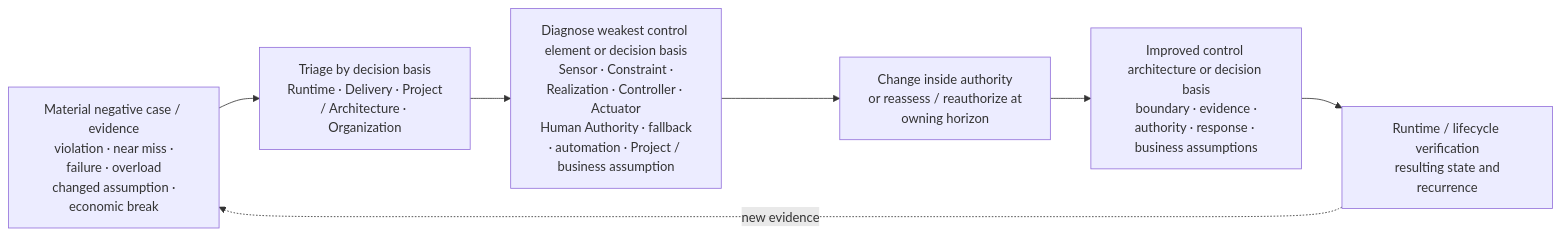
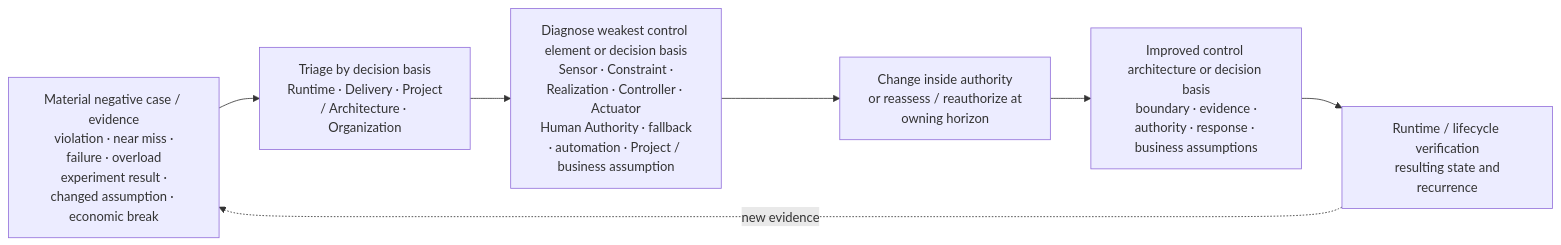
One commit to UncertaintyArchitectureGroup/uncertainty-architecture changed diagram 15 of 15 in content/research/notes/open-engineering-specification-article-draft.md. Above: the diagram before and after it, drawn with Mermaid. The commit also changed other lines of this file, not shown here.

````diff
--- a/content/research/notes/open-engineering-specification-article-draft.md
+++ b/content/research/notes/open-engineering-specification-article-draft.md
@@ -904,12 +930,12 @@
 ```mermaid
 flowchart LR
-    N["Material negative case / evidence<br/> violation · near miss · failure · overload<br/> changed assumption · economic break"]
+    N["Material negative case / evidence<br/> violation · near miss · failure · overload<br/> experiment result · changed assumption · economic break"]
     T["Triage by decision basis<br/> Runtime · Delivery · Project / Architecture · Organization"]
     D["Diagnose weakest control element or decision basis<br/> Sensor · Constraint · Realization · Controller · Actuator<br/> Human Authority · fallback · automation · Project / business assumption"]
     C["Change inside authority<br/> or reassess / reauthorize at owning horizon"]
     I["Improved control architecture or decision basis<br/> boundary · evidence · authority · response · business assumptions"]
     V["Runtime / lifecycle verification<br/> resulting state and recurrence"]
 
     N --> T --> D --> C --> I --> V
     V -. new evidence .-> N
 ```
````
